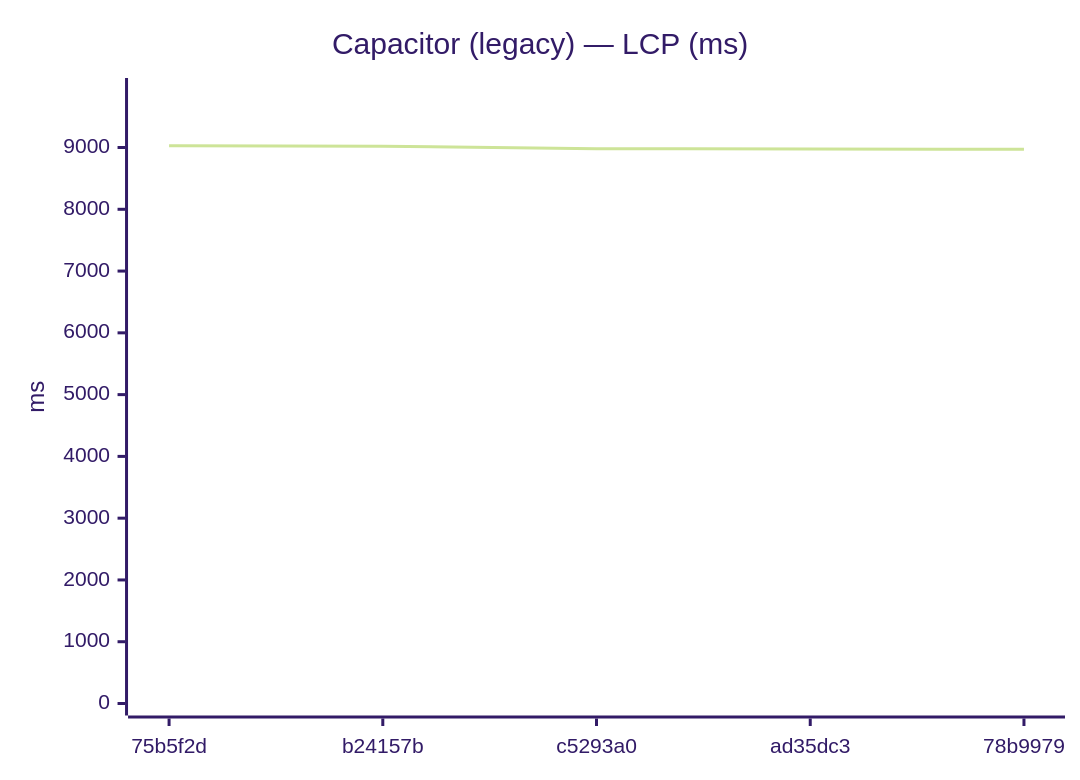
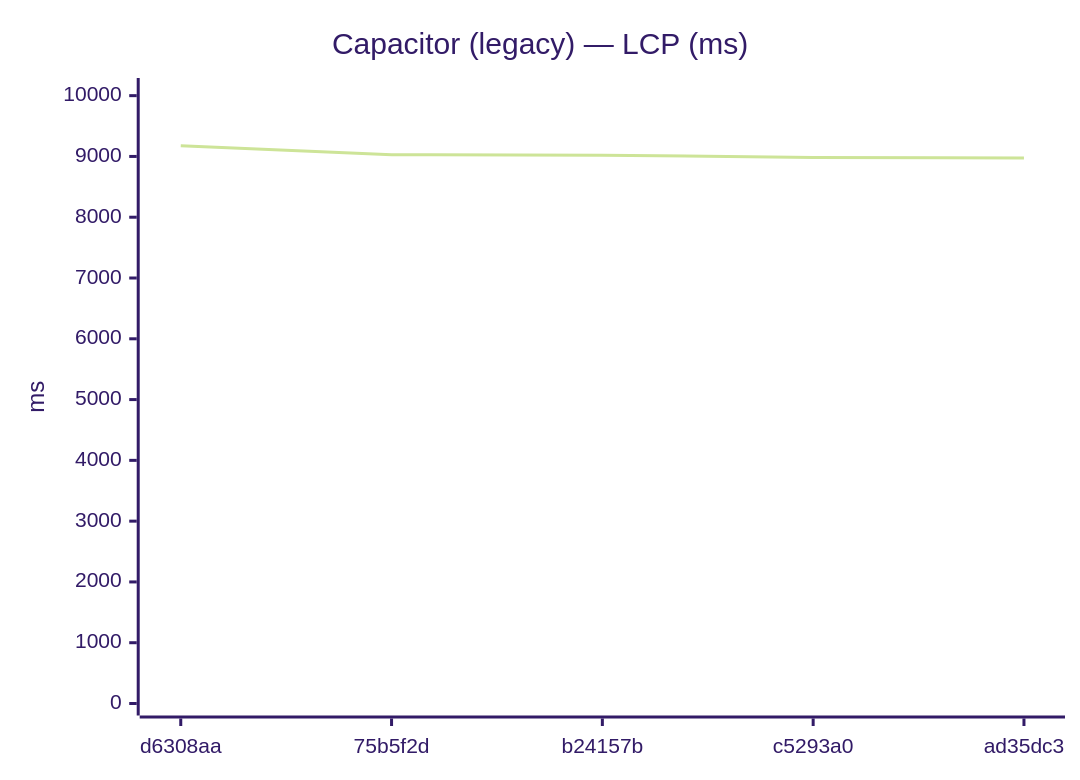
One commit to Metaheurist/Rianell changed diagram 13 of 24 in benchmarks/compare.md. Above: the diagram before and after it, drawn with Mermaid (forest theme). The commit also changed other lines of this file and 14 other files, not shown here.

````diff
--- a/benchmarks/compare.md
+++ b/benchmarks/compare.md
@@ -194,7 +194,7 @@
 ```mermaid
 xychart-beta
     title "Capacitor (legacy) — LCP (ms)"
-    x-axis ["75b5f2d", "b24157b", "c5293a0", "ad35dc3", "78b9979"]
-    y-axis "ms" 0 --> 9931
-    line [9028, 9021, 8982, 8976, 8972]
+    x-axis ["d6308aa", "75b5f2d", "b24157b", "c5293a0", "ad35dc3"]
+    y-axis "ms" 0 --> 10093
+    line [9175, 9028, 9021, 8982, 8976]
 ```
````
